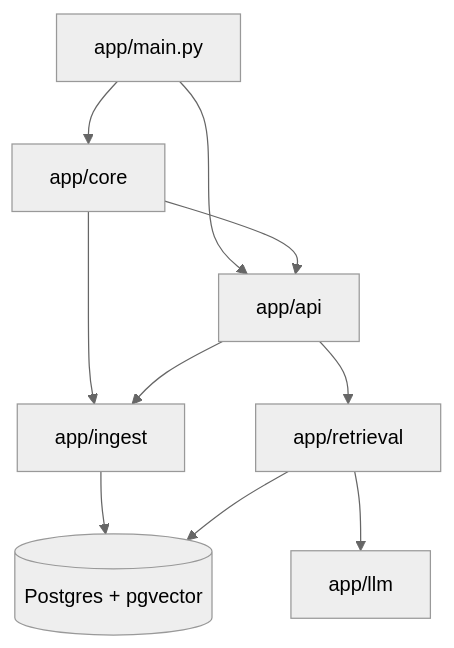
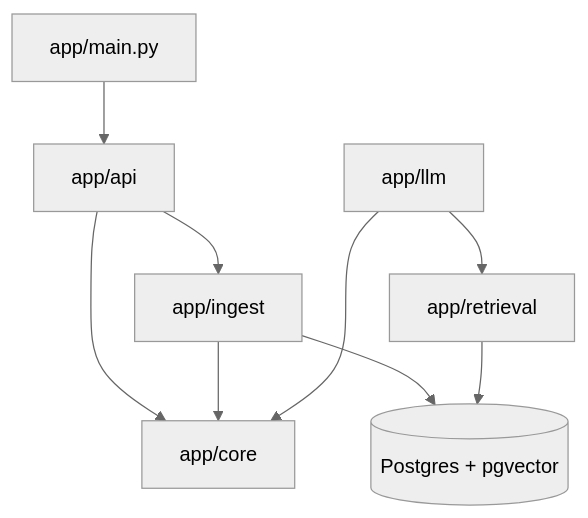
One commit to LaurierCS/locah-ai changed the first of 2 diagrams in backend/README.md. Above: the diagram before and after it, drawn with Mermaid (neutral theme). The commit also changed other lines of this file and 5 other files, not shown here.

````diff
--- a/backend/README.md
+++ b/backend/README.md
@@ -79,20 +81,19 @@
 ```mermaid
 flowchart TB
   main["app/main.py"]
   api["app/api"]
   core["app/core"]
   ingest["app/ingest"]
   retrieval["app/retrieval"]
   llm["app/llm"]
   db[("Postgres + pgvector")]
 
   main --> api
-  main --> core
-  core --> api
-  core --> ingest
+  api --> core
   api --> ingest
-  api --> retrieval
+  ingest --> core
   ingest --> db
+  llm --> retrieval
+  llm --> core
   retrieval --> db
-  retrieval --> llm
 ```
````
